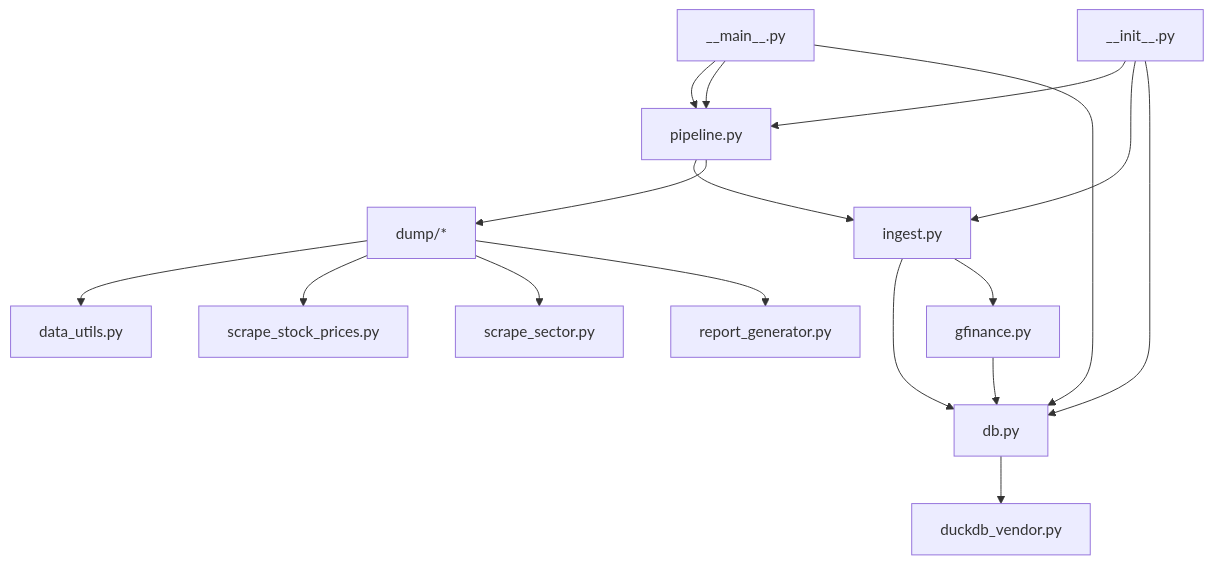
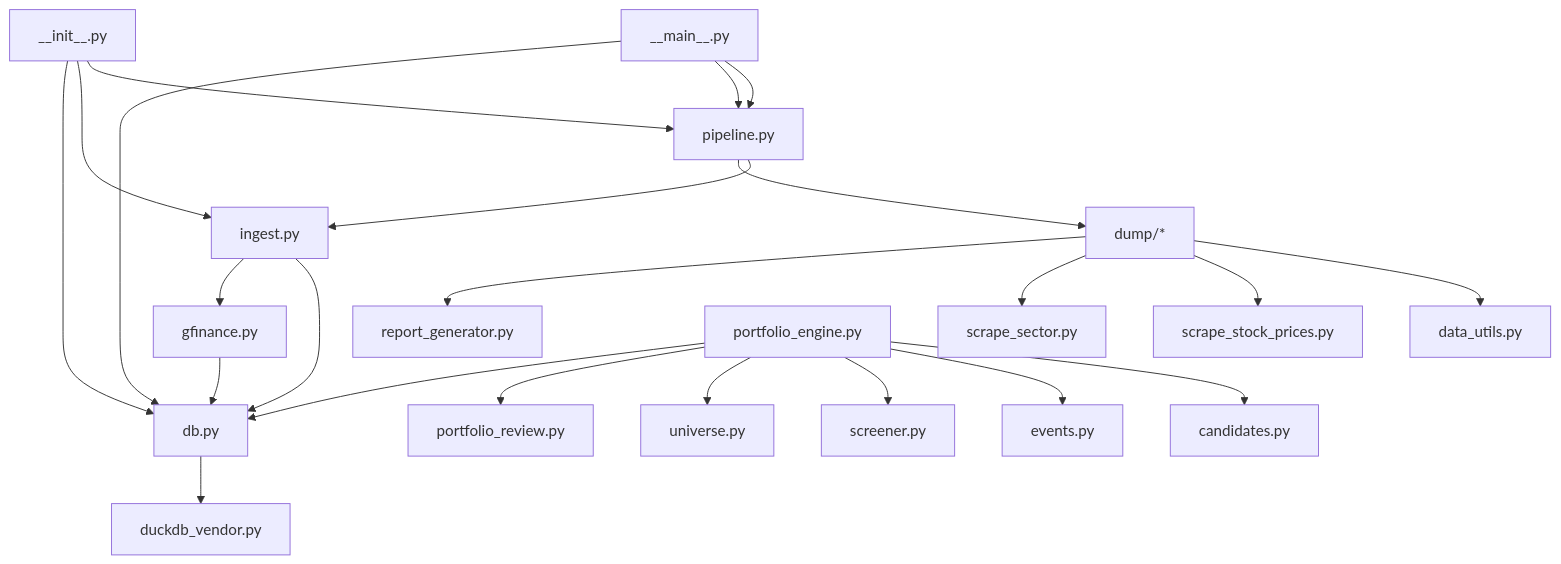
Diagram 18 of 18 in .qoder/repowiki/en/content/Core Components/Data Engineering Module/Data Engineering Module.md (ZengSeng/telegram-bot), drawn with Mermaid before and after one commit. The commit also changed other lines of this file and 10 other files, not shown here.

````diff
--- a/.qoder/repowiki/en/content/Core Components/Data Engineering Module/Data Engineering Module.md
+++ b/.qoder/repowiki/en/content/Core Components/Data Engineering Module/Data Engineering Module.md
@@ -814,19 +1137,25 @@
 ```mermaid
 graph TB
 Main["__main__.py"] --> Pipeline["pipeline.py"]
 Pipeline --> Ingest["ingest.py"]
 Ingest --> DB["db.py"]
 Ingest --> GF["gfinance.py"]
 DB --> DuckDB["duckdb_vendor.py"]
 Pipeline --> Dump["dump/*"]
 Dump --> DataUtils["data_utils.py"]
 Dump --> ScrapePrices["scrape_stock_prices.py"]
 Dump --> ScrapeSector["scrape_sector.py"]
 Dump --> ReportGen["report_generator.py"]
 Init["__init__.py"] --> Pipeline
 Init --> Ingest
 Init --> DB
 Main --> Pipeline
 Main --> DB
 GF --> DB
+Portfolio["portfolio_engine.py"] --> Candidates["candidates.py"]
+Portfolio --> Events["events.py"]
+Portfolio --> Screener["screener.py"]
+Portfolio --> Universe["universe.py"]
+Portfolio --> Review["portfolio_review.py"]
+Portfolio --> DB
 ```
````
